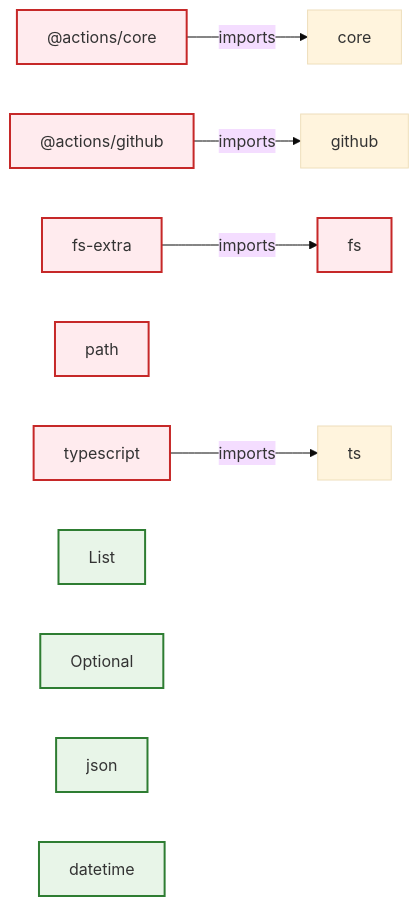
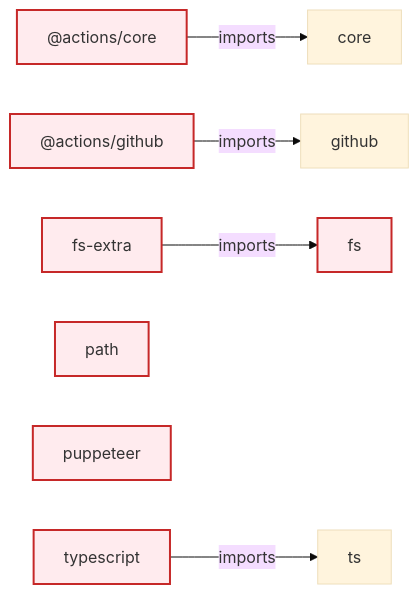
One commit to samjhill/diagrammer changed the diagram in docs/architecture/dependencies.md. Above: the diagram before and after it, drawn with Mermaid (base theme). The commit also changed other lines of this file and 73 other files, not shown here.

Commit message:
docs: Update architecture diagrams [skip ci]

````diff
--- a/docs/architecture/dependencies.md
+++ b/docs/architecture/dependencies.md
@@ -15,33 +24,27 @@
 ```mermaid
 graph LR
   classDef internal fill:#e8f5e8,stroke:#2e7d32,stroke-width:2px
   classDef external fill:#ffebee,stroke:#c62828,stroke-width:2px
   classDef npm fill:#fff3e0,stroke:#f57c00,stroke-width:2px
   classDef local fill:#e3f2fd,stroke:#1976d2,stroke-width:2px
 
   _actions_core["@actions/core"]
   _actions_core:::external
   _actions_github["@actions/github"]
   _actions_github:::external
   fs_extra["fs-extra"]
   fs_extra:::external
   path["path"]
   path:::external
   fs["fs"]
   fs:::external
+  puppeteer["puppeteer"]
+  puppeteer:::external
   typescript["typescript"]
   typescript:::external
-  List["List"]
-  List:::internal
-  Optional["Optional"]
-  Optional:::internal
-  json["json"]
-  json:::internal
-  datetime["datetime"]
-  datetime:::internal
   _actions_core -->|imports| core
   _actions_github -->|imports| github
   fs_extra -->|imports| fs
   typescript -->|imports| ts
 
 ```
````
